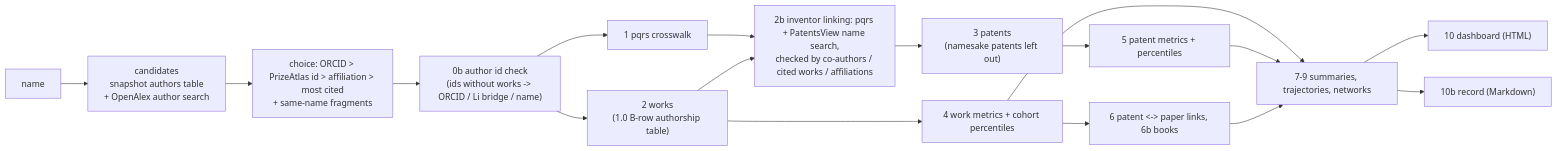
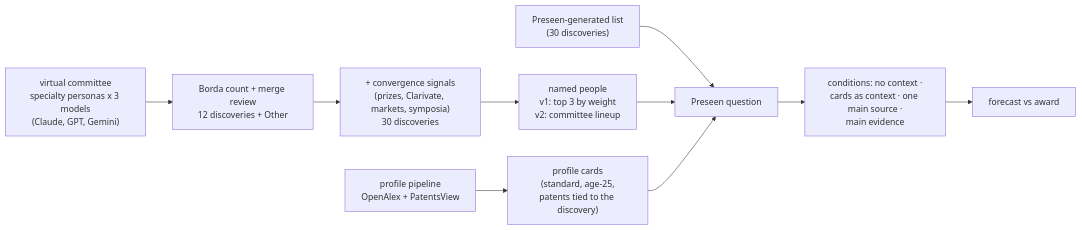
Before and after one commit to Dawoon-Jeong0523/Author_profile: the diagram in README.md, drawn with Mermaid. The commit also changed other lines of this file and 646 other files, not shown here.

First line of the commit message:
README centred on the 2026 Nobel forecasts; Medicine and Physics against the awards; patents on the chemistry cards

````diff
--- a/README.md
+++ b/README.md
@@ -189,16 +137,11 @@
 ```mermaid
 flowchart LR
-    Q["name"] --> C["candidates<br/>snapshot authors table<br/>+ OpenAlex author search"]
-    C --> P["choice: ORCID > PrizeAtlas id > affiliation > most cited<br/>+ same-name fragments"]
-    P --> K["0b author id check<br/>(ids without works -> ORCID / Li bridge / name)"]
-    K --> W["2 works<br/>(1.0 B-row authorship table)"]
-    K --> X["1 pqrs crosswalk"] --> N["2b inventor linking: pqrs + PatentsView name search,<br/>checked by co-authors / cited works / affiliations"]
-    W --> N
-    N --> T["3 patents<br/>(namesake patents left out)"]
-    W --> M["4 work metrics + cohort percentiles"]
-    T --> MT["5 patent metrics + percentiles"]
-    M --> L["6 patent <-> paper links, 6b books"]
-    M & MT & L --> S["7-9 summaries, trajectories, networks"]
-    S --> D["10 dashboard (HTML)"]
-    S --> R["10b record (Markdown)"]
+    C["virtual committee<br/>specialty personas x 3 models<br/>(Claude, GPT, Gemini)"] --> B["Borda count + merge review<br/>12 discoveries + Other"]
+    B --> V["+ convergence signals<br/>(prizes, Clarivate, markets, symposia)<br/>30 discoveries"]
+    G["Preseen-generated list<br/>(30 discoveries)"] --> Q
+    V --> L["named people<br/>v1: top 3 by weight<br/>v2: committee lineup"] --> Q["Preseen question"]
+    P["profile pipeline<br/>OpenAlex + PatentsView"] --> K["profile cards<br/>(standard, age-25,<br/>patents tied to the discovery)"]
+    K --> Q
+    Q --> A["conditions: no context ·<br/>cards as context · one main source ·<br/>main evidence"]
+    A --> S["forecast vs award"]
 ```
````
